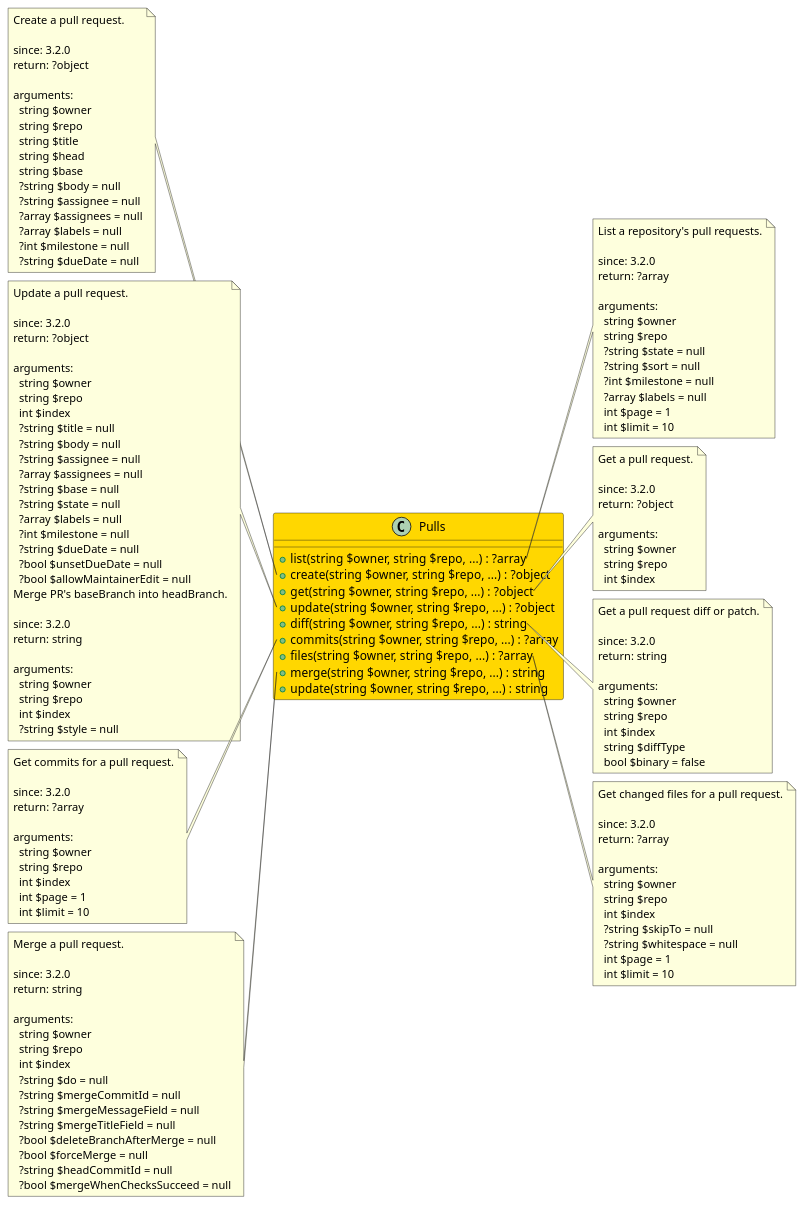
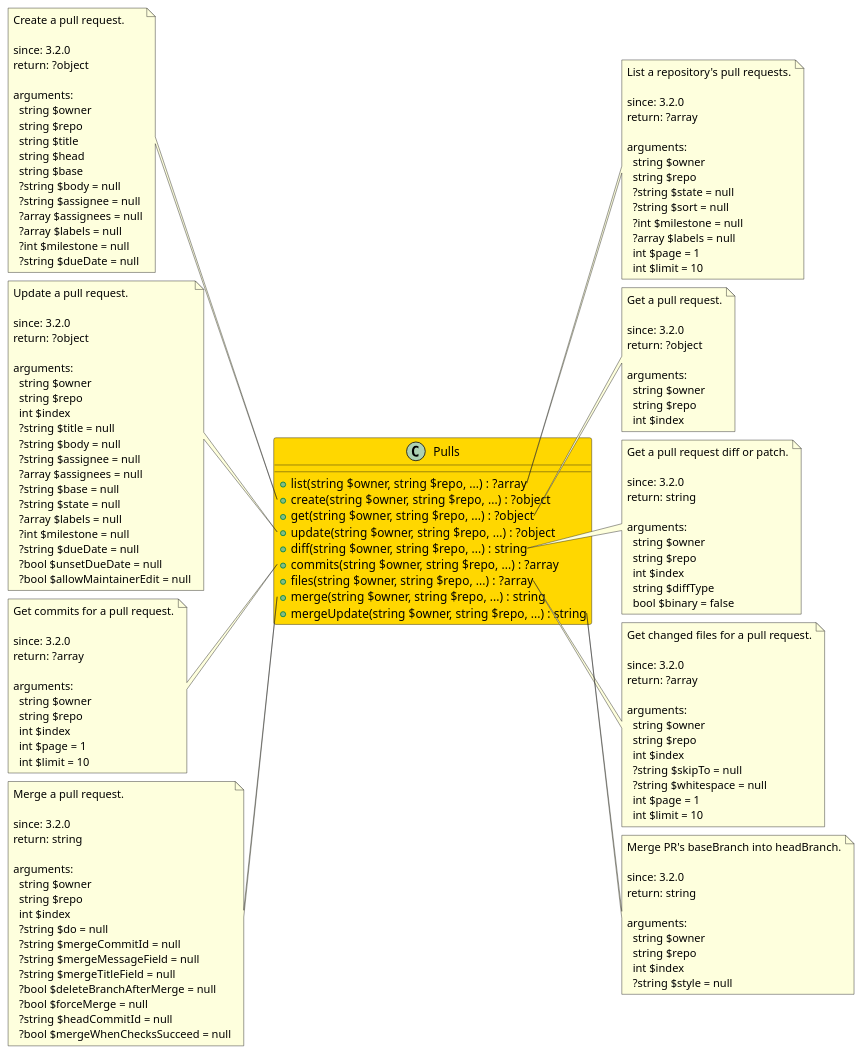
The diagram in src/f56114fd-6804-4ce9-8adb-1d521f023c11/README.md (joomengine/gitea), drawn with PlantUML before and after one commit. The commit also changed 28 other files, not shown here.

````diff
--- a/src/f56114fd-6804-4ce9-8adb-1d521f023c11/README.md
+++ b/src/f56114fd-6804-4ce9-8adb-1d521f023c11/README.md
@@ -15,7 +15,7 @@
   + commits(string $owner, string $repo, ...) : ?array
   + files(string $owner, string $repo, ...) : ?array
   + merge(string $owner, string $repo, ...) : string
-  + update(string $owner, string $repo, ...) : string
+  + mergeUpdate(string $owner, string $repo, ...) : string
 }
 
 note right of Pulls::list
@@ -88,16 +88,6 @@
     ?string $dueDate = null
     ?bool $unsetDueDate = null
     ?bool $allowMaintainerEdit = null
-  Merge PR's baseBranch into headBranch.
-
-  since: 3.2.0
-  return: string
-  
-  arguments:
-    string $owner
-    string $repo
-    int $index
-    ?string $style = null
 end note
 
 note right of Pulls::diff
@@ -164,5 +154,18 @@
     ?bool $mergeWhenChecksSucceed = null
 end note
 
+note right of Pulls::mergeUpdate
+  Merge PR's baseBranch into headBranch.
+
+  since: 3.2.0
+  return: string
+  
+  arguments:
+    string $owner
+    string $repo
+    int $index
+    ?string $style = null
+end note
+
 @enduml
 ```
````
